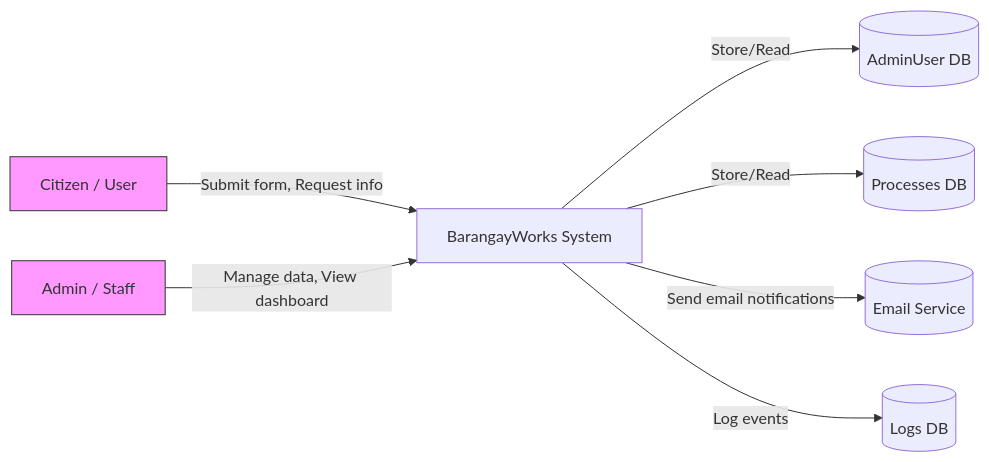
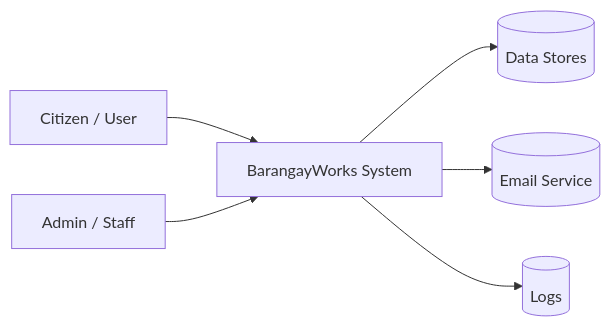
The first of 2 diagrams in DFD.md (koiboiiiii/barangayWorksJS), drawn with Mermaid before and after one commit. The commit also changed other lines of this file, not shown here.

````diff
--- a/DFD.md
+++ b/DFD.md
@@ -8,12 +6,8 @@
 ```mermaid
 graph LR
-  Citizen["Citizen / User"] -->|Submit form, Request info| System["BarangayWorks System"]
-  Admin["Admin / Staff"] -->|Manage data, View dashboard| System
-  System -->|Store/Read| DB_Admin[("AdminUser DB")]
-  System -->|Store/Read| DB_Processes[("Processes DB")]
-  System -->|Send email notifications| MailServer[("Email Service")]
-  System -->|Log events| DB_Logs[("Logs DB")]
-
-  classDef external fill:#f9f,stroke:#333,stroke-width:1px;
-  class Citizen,Admin external;
-``` 
+  Citizen["Citizen / User"] --> System["BarangayWorks System"]
+  Admin["Admin / Staff"] --> System
+  System --> DB[("Data Stores")]
+  System --> Mail[("Email Service")]
+  System --> Logs[("Logs")]
+```
````
